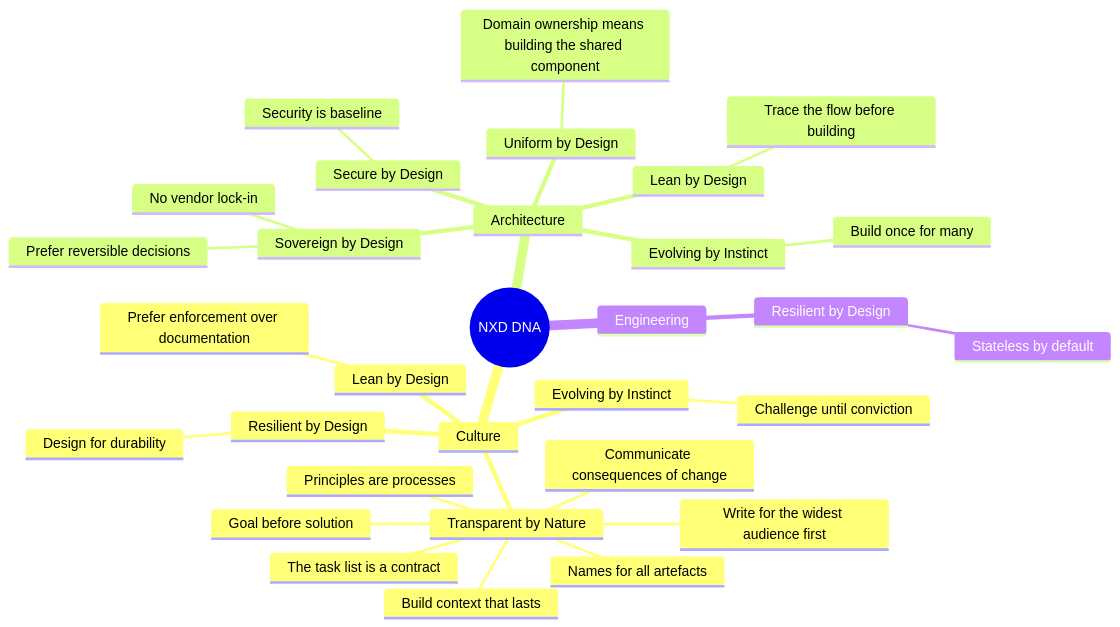
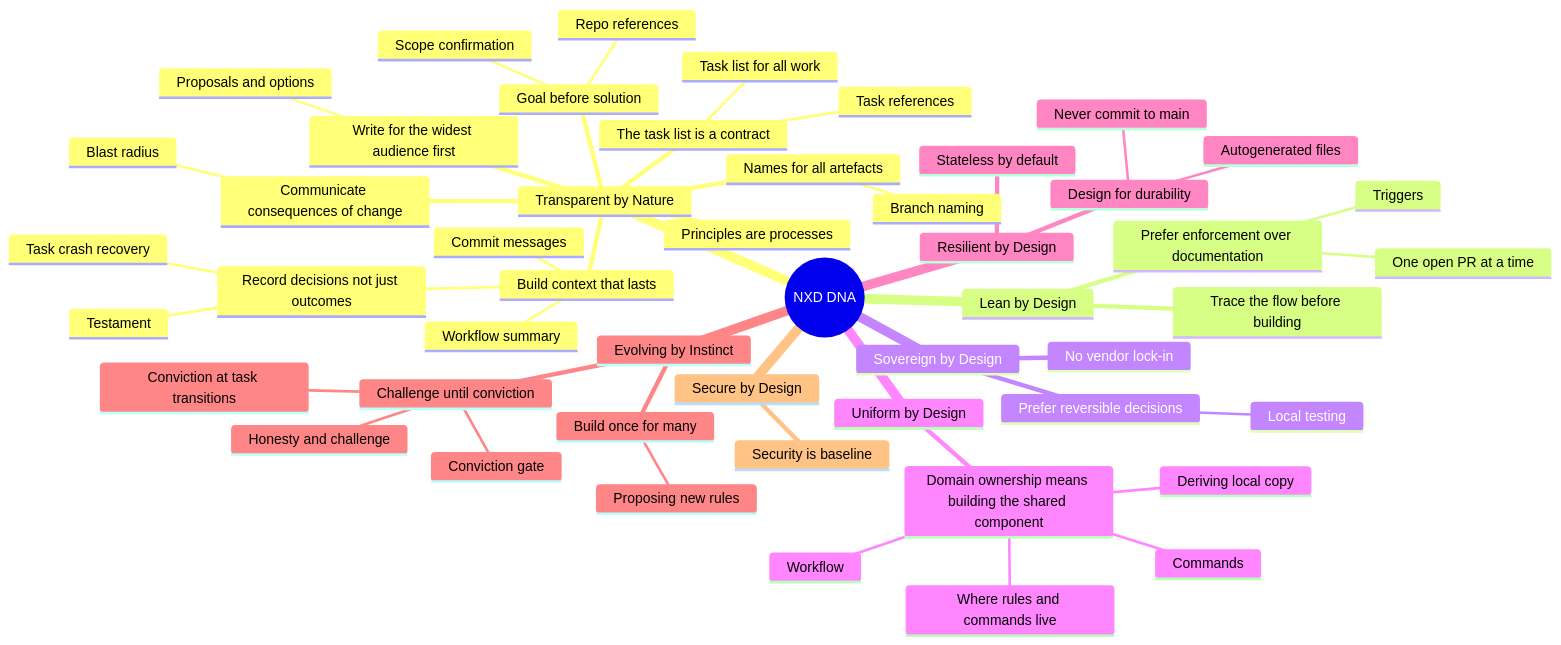
The diagram in dna-diagram-test.md (NXD-Solutions/.github), drawn with Mermaid before and after one commit.

Commit message:
Update DNA diagram: DNA -> Strand -> Principle -> Rule structure

````diff
--- a/dna-diagram-test.md
+++ b/dna-diagram-test.md
@@ -3,34 +3,53 @@
 ```mermaid
 mindmap
   root((NXD DNA))
-    Culture
-      Transparent by Nature
-        Principles are processes
-        Goal before solution
-        Build context that lasts
-        The task list is a contract
-        Communicate consequences of change
-        Names for all artefacts
-        Write for the widest audience first
-      Lean by Design
-        Prefer enforcement over documentation
-      Resilient by Design
-        Design for durability
-      Evolving by Instinct
-        Challenge until conviction
-    Architecture
-      Lean by Design
-        Trace the flow before building
-      Sovereign by Design
-        No vendor lock-in
-        Prefer reversible decisions
-      Uniform by Design
-        Domain ownership means building the shared component
-      Evolving by Instinct
-        Build once for many
-      Secure by Design
-        Security is baseline
-    Engineering
-      Resilient by Design
-        Stateless by default
+    Transparent by Nature
+      Principles are processes
+      Goal before solution
+        Scope confirmation
+        Repo references
+      Build context that lasts
+        Commit messages
+        Workflow summary
+        Record decisions not just outcomes
+          Task crash recovery
+          Testament
+      The task list is a contract
+        Task list for all work
+        Task references
+      Communicate consequences of change
+        Blast radius
+      Names for all artefacts
+        Branch naming
+      Write for the widest audience first
+        Proposals and options
+    Lean by Design
+      Prefer enforcement over documentation
+        Triggers
+        One open PR at a time
+      Trace the flow before building
+    Sovereign by Design
+      No vendor lock-in
+      Prefer reversible decisions
+        Local testing
+    Uniform by Design
+      Domain ownership means building the shared component
+        Where rules and commands live
+        Workflow
+        Deriving local copy
+        Commands
+    Resilient by Design
+      Design for durability
+        Never commit to main
+        Autogenerated files
+      Stateless by default
+    Evolving by Instinct
+      Challenge until conviction
+        Honesty and challenge
+        Conviction gate
+        Conviction at task transitions
+      Build once for many
+        Proposing new rules
+    Secure by Design
+      Security is baseline
 ```
````
